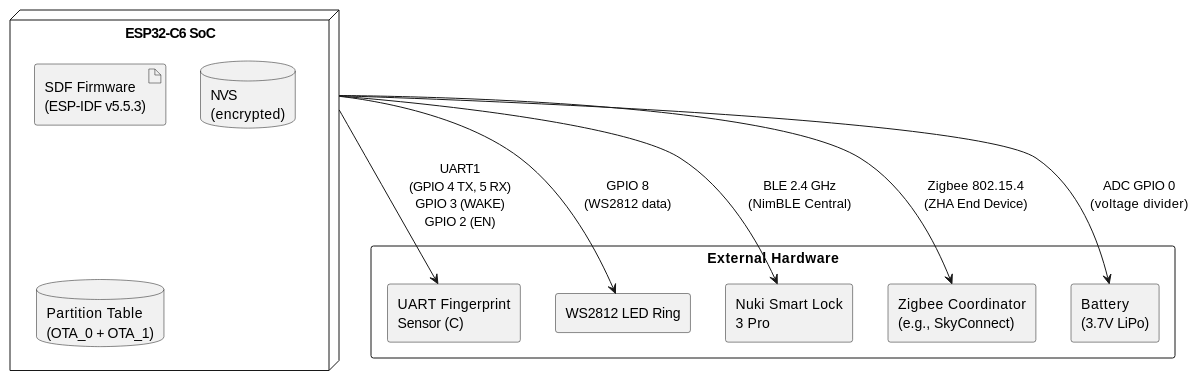
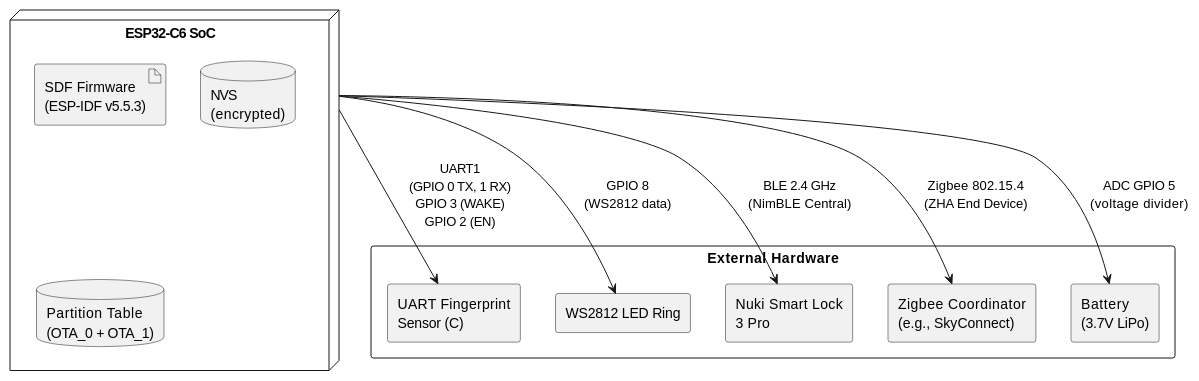
Diagram 13 of 13 in doc/sdf_sas.md (thor-ro/finger_print), drawn with PlantUML before and after one commit. The commit also changed other lines of this file and 6 other files, not shown here.

````diff
--- a/doc/sdf_sas.md
+++ b/doc/sdf_sas.md
@@ -526,23 +526,23 @@
 ```plantuml
 @startuml
 node "ESP32-C6 SoC" as mcu {
   artifact "SDF Firmware\n(ESP-IDF v5.5.3)" as fw
   database "NVS\n(encrypted)" as nvs
   database "Partition Table\n(OTA_0 + OTA_1)" as pt
 }
 
 rectangle "External Hardware" {
   rectangle "UART Fingerprint\nSensor (C)" as fps
   rectangle "WS2812 LED Ring" as led
   rectangle "Nuki Smart Lock\n3 Pro" as nuki
   rectangle "Zigbee Coordinator\n(e.g., SkyConnect)" as zc
   rectangle "Battery\n(3.7V LiPo)" as bat
 }
 
-mcu --> fps : UART1\n(GPIO 4 TX, 5 RX)\nGPIO 3 (WAKE)\nGPIO 2 (EN)
+mcu --> fps : UART1\n(GPIO 0 TX, 1 RX)\nGPIO 3 (WAKE)\nGPIO 2 (EN)
 mcu --> led : GPIO 8\n(WS2812 data)
 mcu --> nuki : BLE 2.4 GHz\n(NimBLE Central)
 mcu --> zc : Zigbee 802.15.4\n(ZHA End Device)
-mcu --> bat : ADC GPIO 0\n(voltage divider)
+mcu --> bat : ADC GPIO 5\n(voltage divider)
 @enduml
 ```
````
